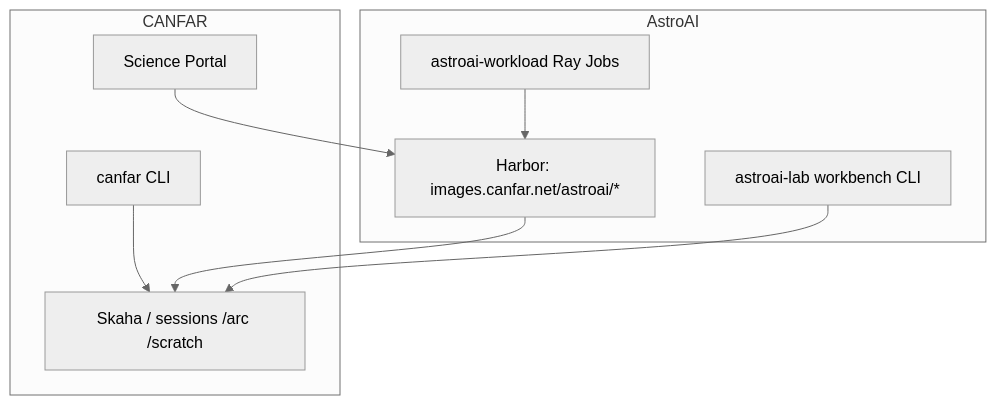
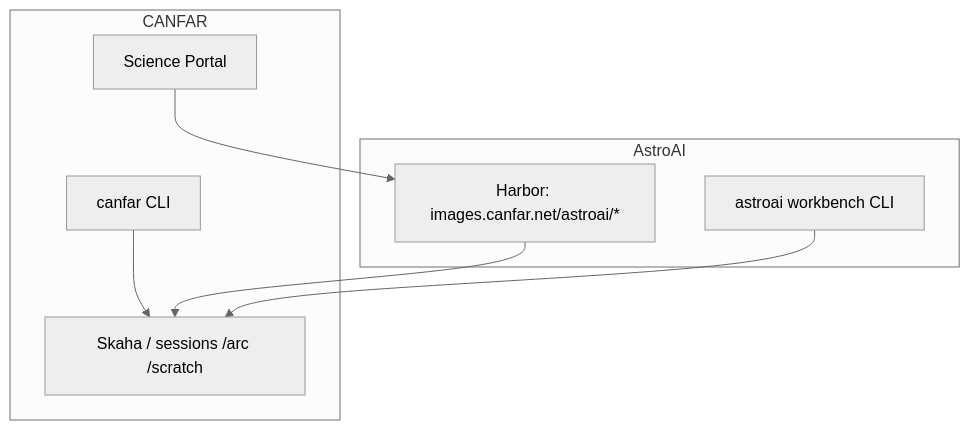
The diagram in README.md (astroai/astroai-containers), drawn with Mermaid (neutral theme) before and after one commit. The commit also changed other lines of this file and 59 other files, not shown here.

First line of the commit message:
Install one astroai CLI from lab and drop the workload lock.

````diff
--- a/README.md
+++ b/README.md
@@ -9,18 +9,16 @@
 ```mermaid
 flowchart TB
   subgraph astroai [AstroAI]
     Imgs["Harbor: images.canfar.net/astroai/*"]
-    Lab["astroai-lab workbench CLI"]
-    WL["astroai-workload Ray Jobs"]
+    Lab["astroai workbench CLI"]
   end
   subgraph canfar [CANFAR]
     Portal[Science Portal]
     Skaha[Skaha / sessions /arc /scratch]
     CLI["canfar CLI"]
   end
   Portal --> Imgs
   CLI --> Skaha
   Imgs --> Skaha
   Lab --> Skaha
-  WL --> Imgs
 ```
````
